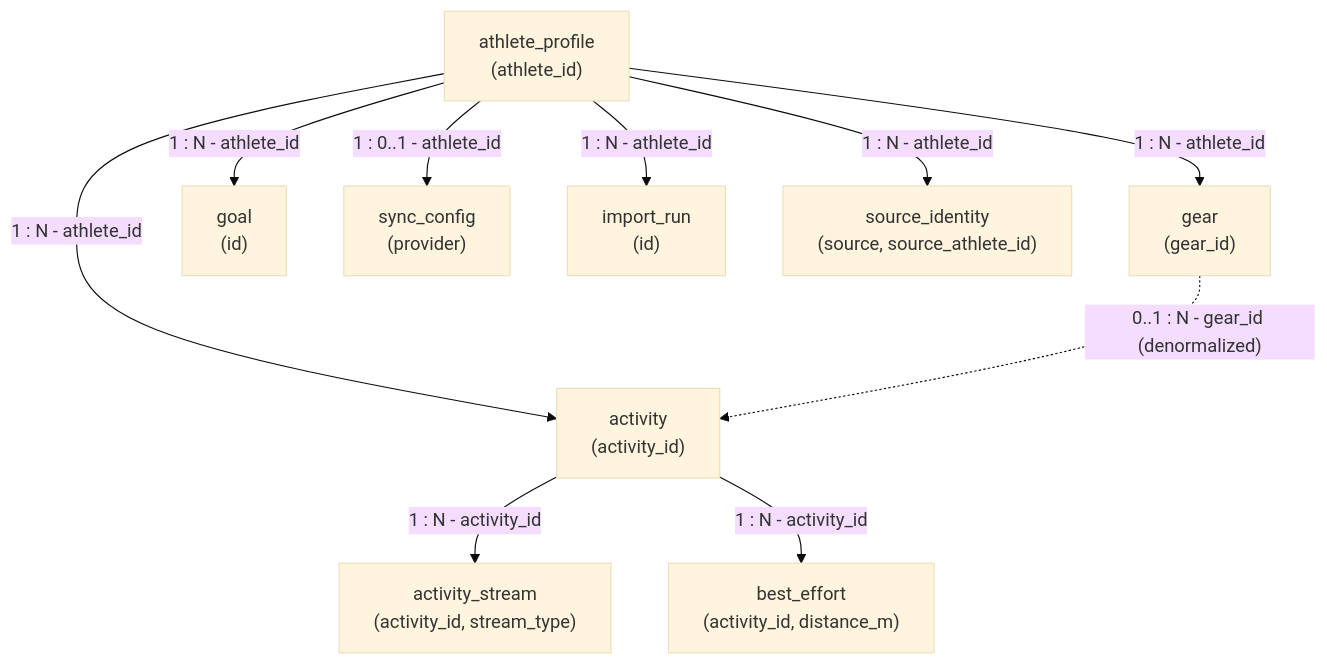
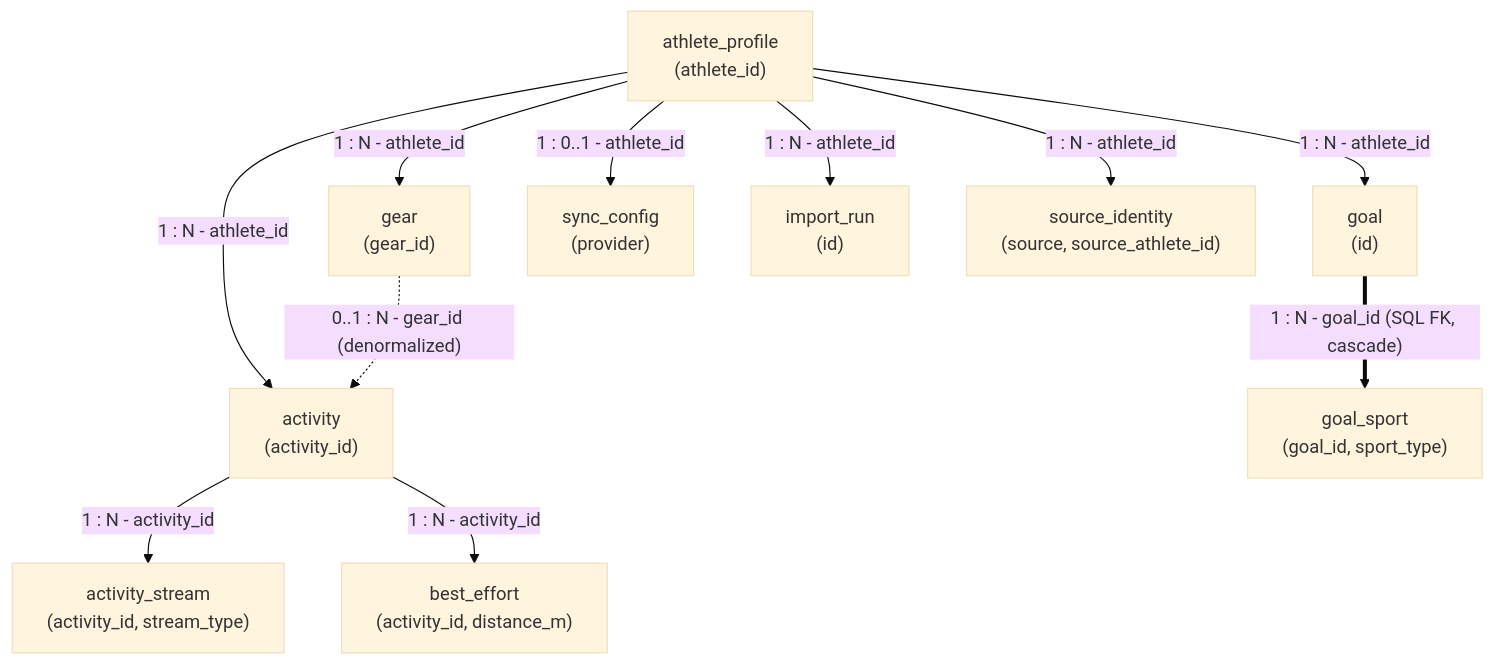
One commit to iiey/fitme changed the second of 7 diagrams in doc/database.md. Above: the diagram before and after it, drawn with Mermaid (base theme). The commit also changed other lines of this file and 1 other file, not shown here.

````diff
--- a/doc/database.md
+++ b/doc/database.md
@@ -324,22 +347,24 @@
 ```mermaid
 flowchart TD
     AP["athlete_profile<br/>(athlete_id)"]
     A["activity<br/>(activity_id)"]
     AS["activity_stream<br/>(activity_id, stream_type)"]
     BE["best_effort<br/>(activity_id, distance_m)"]
     G["gear<br/>(gear_id)"]
     GO["goal<br/>(id)"]
+    GS["goal_sport<br/>(goal_id, sport_type)"]
     SC["sync_config<br/>(provider)"]
     IR["import_run<br/>(id)"]
     SI["source_identity<br/>(source, source_athlete_id)"]
 
     AP -->|"1 : N - athlete_id"| A
     AP -->|"1 : N - athlete_id"| G
     AP -->|"1 : N - athlete_id"| GO
     AP -->|"1 : N - athlete_id"| IR
     AP -->|"1 : N - athlete_id"| SI
     AP -->|"1 : 0..1 - athlete_id"| SC
     A  -->|"1 : N - activity_id"| AS
     A  -->|"1 : N - activity_id"| BE
     G  -.->|"0..1 : N - gear_id (denormalized)"| A
+    GO ==>|"1 : N - goal_id (SQL FK, cascade)"| GS
 ```
````
